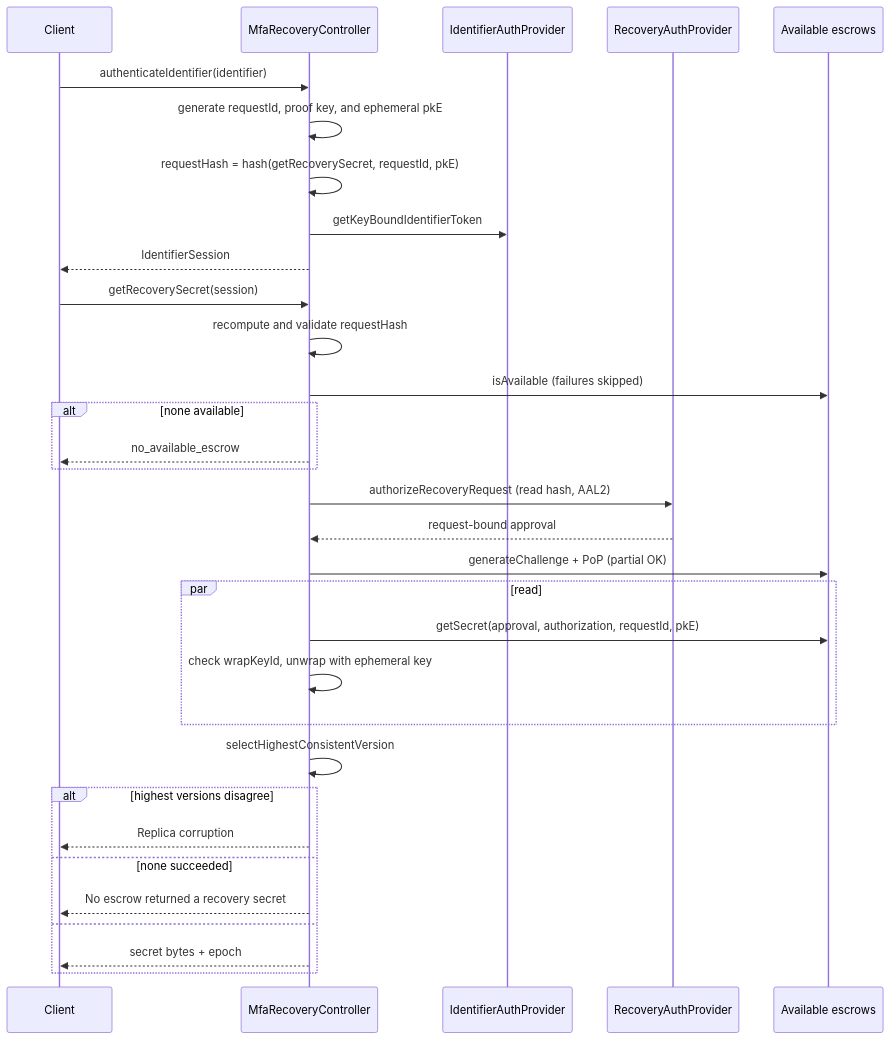
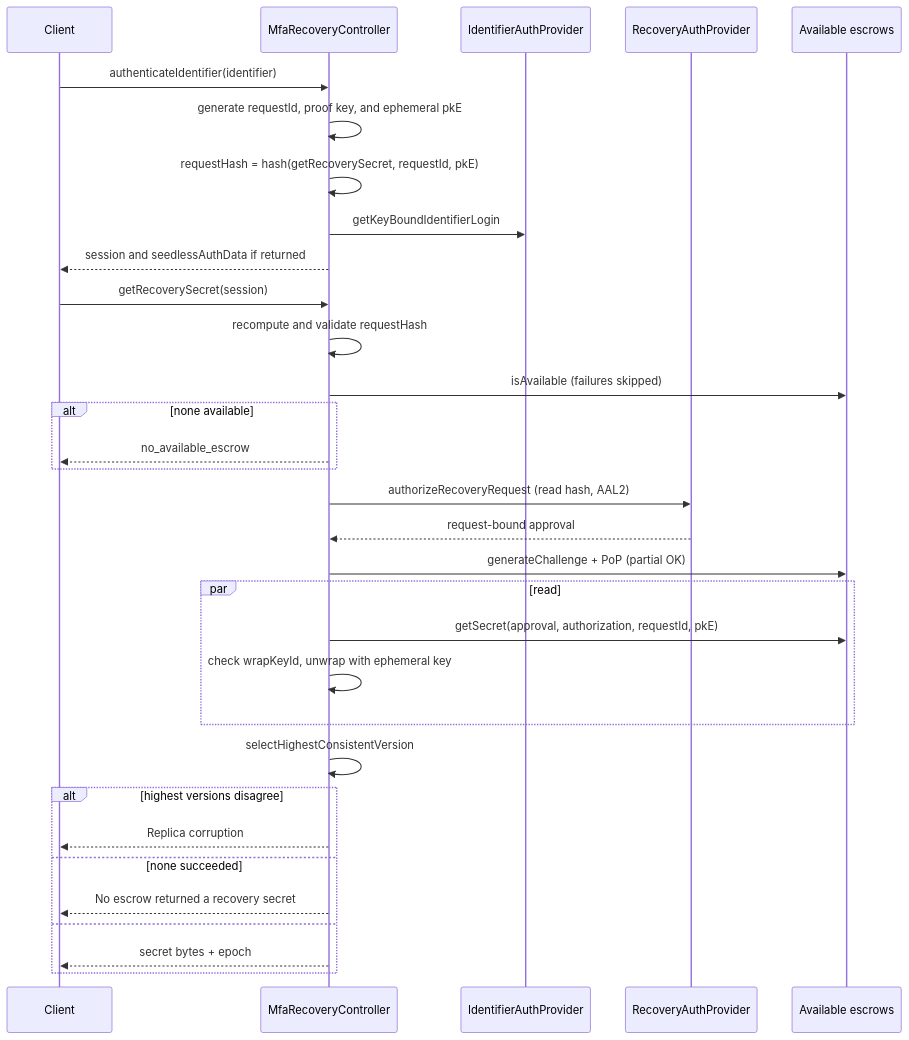
Before and after one commit to MetaMask/controllers: the fourth of 5 diagrams in packages/mfa-recovery-controller/ARCHITECTURE.md, drawn with Mermaid. The commit also changed other lines of this file and 22 other files, not shown here.

Commit message:
refactor: use single getKeyBoundIdentifierLogin and share seedless auth data types

````diff
--- a/packages/mfa-recovery-controller/ARCHITECTURE.md
+++ b/packages/mfa-recovery-controller/ARCHITECTURE.md
@@ -242,35 +242,35 @@
 ```mermaid
 sequenceDiagram
   participant C as Client
   participant M as MfaRecoveryController
   participant I as IdentifierAuthProvider
   participant A as RecoveryAuthProvider
   participant E as Available escrows
 
   C->>M: authenticateIdentifier(identifier)
   M->>M: generate requestId, proof key, and ephemeral pkE
   M->>M: requestHash = hash(getRecoverySecret, requestId, pkE)
-  M->>I: getKeyBoundIdentifierToken
-  M-->>C: IdentifierSession
+  M->>I: getKeyBoundIdentifierLogin
+  M-->>C: session and seedlessAuthData if returned
   C->>M: getRecoverySecret(session)
   M->>M: recompute and validate requestHash
   M->>E: isAvailable (failures skipped)
   alt none available
     M-->>C: no_available_escrow
   end
   M->>A: authorizeRecoveryRequest (read hash, AAL2)
   A-->>M: request-bound approval
   M->>E: generateChallenge + PoP (partial OK)
   par read
     M->>E: getSecret(approval, authorization, requestId, pkE)
     M->>M: check wrapKeyId, unwrap with ephemeral key
   end
   M->>M: selectHighestConsistentVersion
   alt highest versions disagree
     M-->>C: Replica corruption
   else none succeeded
     M-->>C: No escrow returned a recovery secret
   else
     M-->>C: secret bytes + epoch
   end
 ```
````
